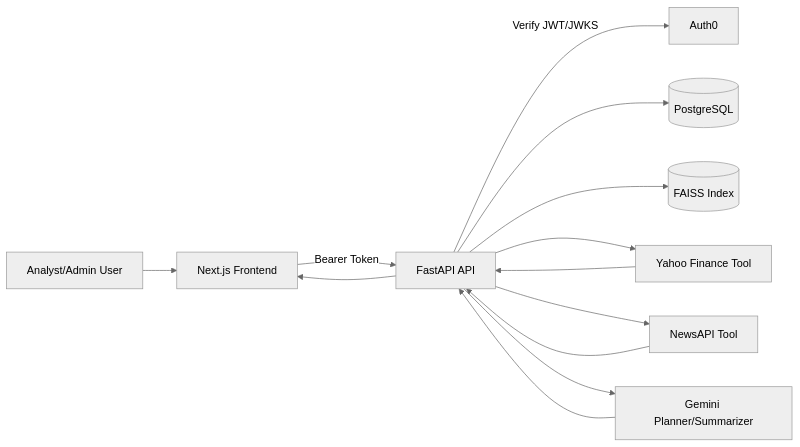
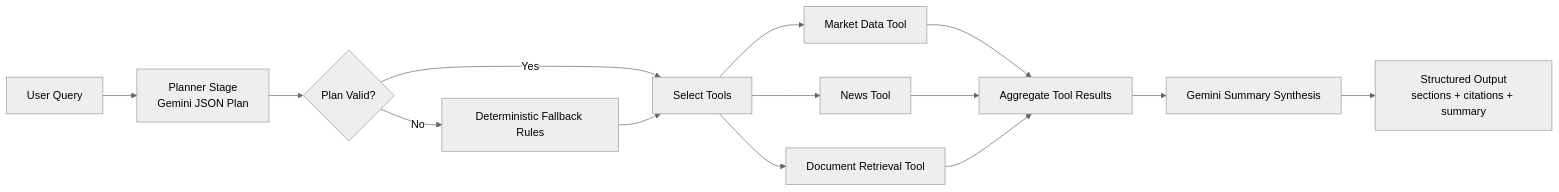
Before and after one commit to ktj709/Klypup-Assignment: the fourth of 5 diagrams in docs/ARCHITECTURE.md, drawn with Mermaid (neutral theme). The commit also changed other lines of this file, not shown here.

Commit message:
docs(architecture): align with rubric and add logical/data flow diagrams

````diff
--- a/docs/ARCHITECTURE.md
+++ b/docs/ARCHITECTURE.md
@@ -22,15 +163,16 @@
 ```mermaid
 flowchart LR
-	U[Analyst/Admin User] --> W[Next.js Frontend]
-	W -->|Bearer Token| A[FastAPI API]
-	A -->|Verify JWT/JWKS| X[Auth0]
-	A --> DB[(PostgreSQL)]
-	A --> F[(FAISS Index)]
-	A --> M[Yahoo Finance Tool]
-	A --> N[NewsAPI Tool]
-	A --> G[Gemini Planner/Summarizer]
-	M --> A
-	N --> A
-	G --> A
-	A --> W
+		Q[User Query] --> P[Planner Stage\nGemini JSON Plan]
+		P --> V{Plan Valid?}
+		V -->|Yes| M[Select Tools]
+		V -->|No| Fallback[Deterministic Fallback Rules]
+		Fallback --> M
+		M --> MK[Market Data Tool]
+		M --> NW[News Tool]
+		M --> DR[Document Retrieval Tool]
+		MK --> AGG[Aggregate Tool Results]
+		NW --> AGG
+		DR --> AGG
+		AGG --> SYN[Gemini Summary Synthesis]
+		SYN --> OUT[Structured Output\nsections + citations + summary]
 ```
````
